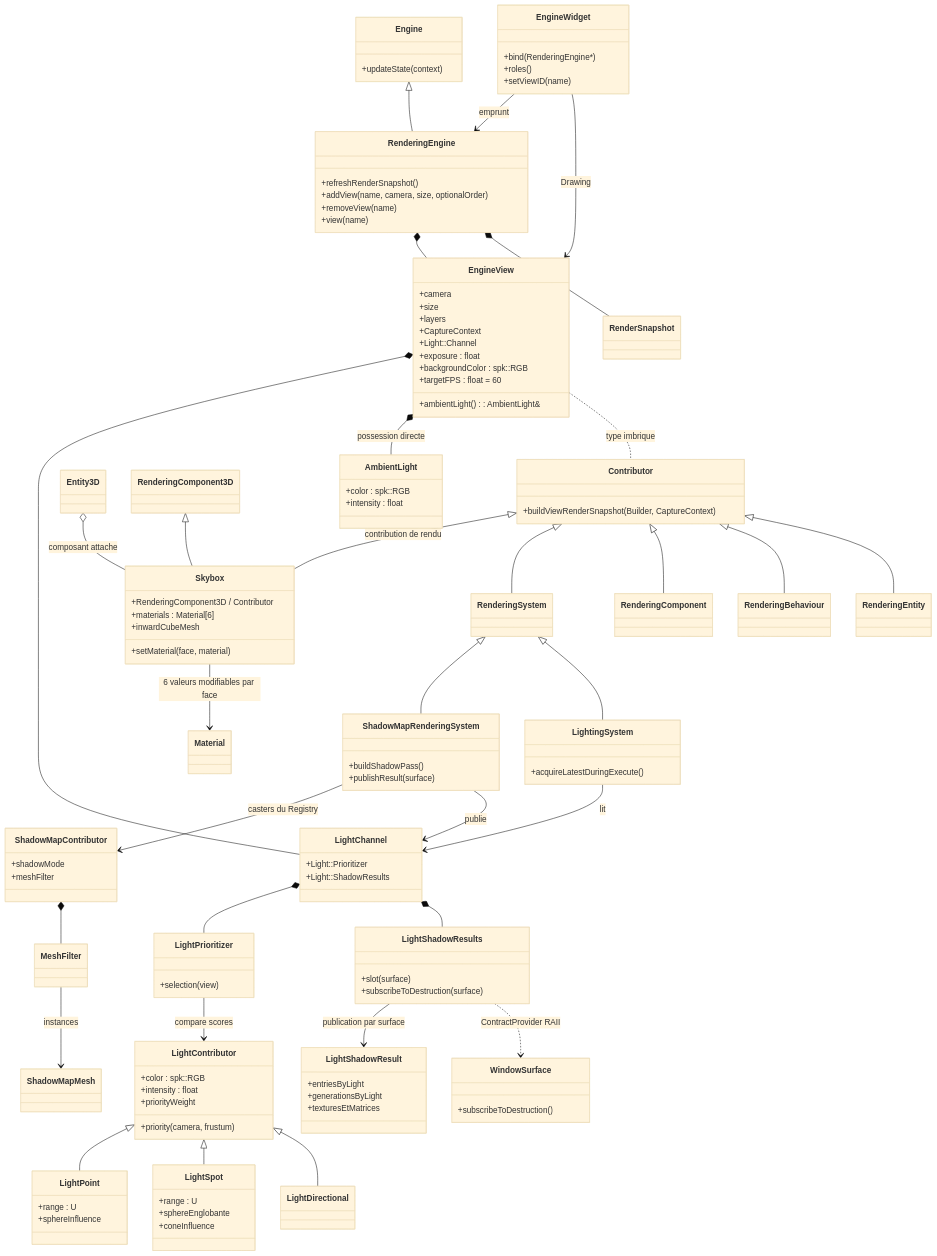
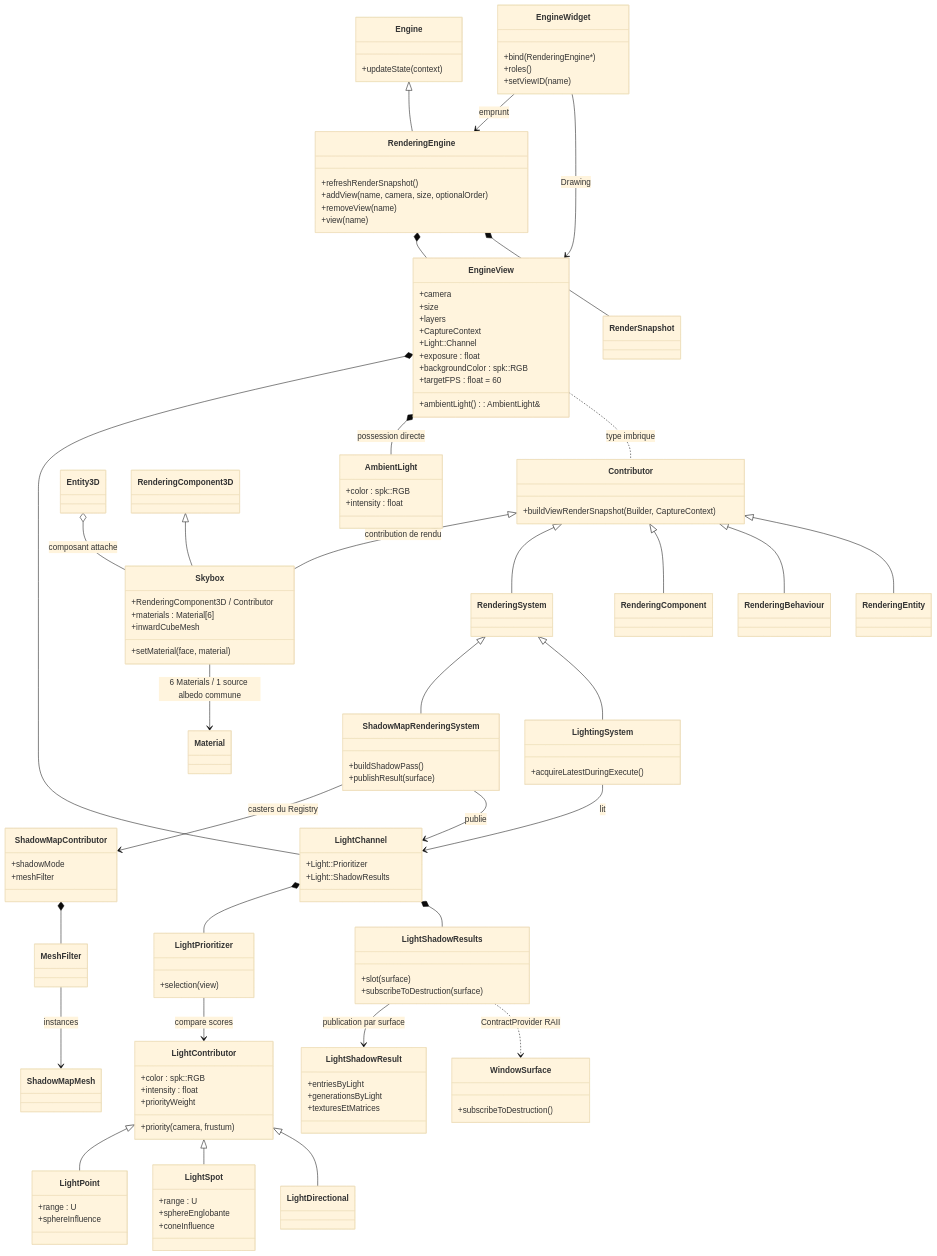
One commit to EreliaStudio/Sparkle changed the first of 10 diagrams in docs/voxel-engine-v0.1.4/07-vues-et-passes.md. Above: the diagram before and after it, drawn with Mermaid (base theme). The commit also changed other lines of this file and 5 other files, not shown here.

Commit message:
docs(v0.1.4): require shared Skybox albedo across six materials without special locking

```diff
--- a/docs/voxel-engine-v0.1.4/07-vues-et-passes.md
+++ b/docs/voxel-engine-v0.1.4/07-vues-et-passes.md
@@ -110,7 +110,7 @@
   Entity3D o-- Skybox : composant attache
   RenderingComponent3D <|-- Skybox
   Contributor <|-- Skybox : contribution de rendu
-  Skybox --> Material : 6 valeurs modifiables par face
+  Skybox --> Material : 6 Materials / 1 source albedo commune
   EngineView .. Contributor : type imbrique
   Contributor <|-- RenderingSystem
   Contributor <|-- RenderingComponent
```
